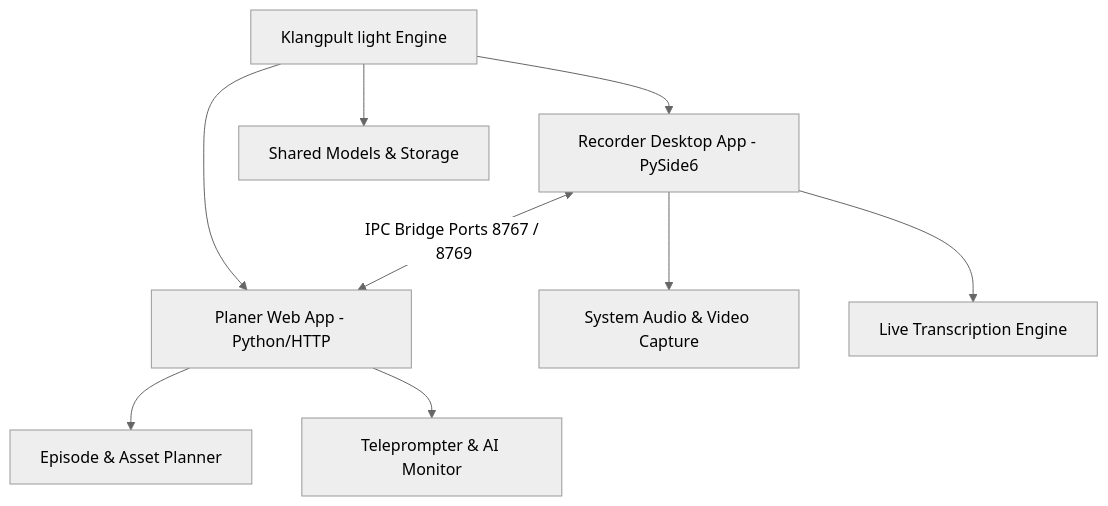
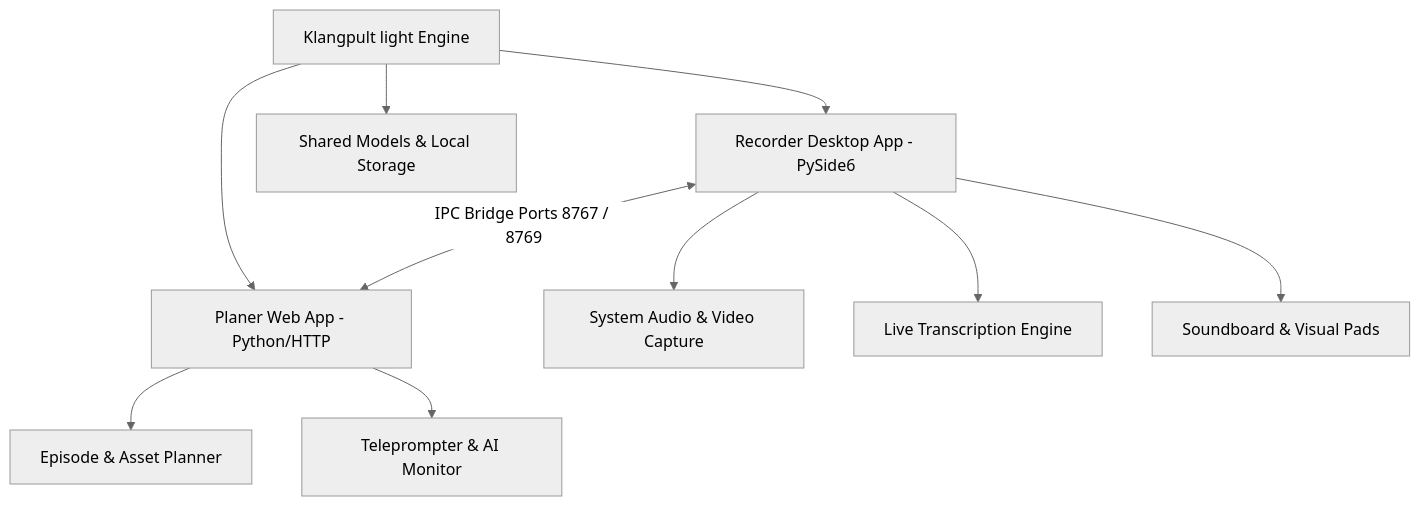
Before and after one commit to entertain-and-more/KlangpultLight: the first of 2 diagrams in README.md, drawn with Mermaid (neutral theme). The commit also changed other lines of this file and 53 other files, not shown here.

````diff
--- a/README.md
+++ b/README.md
@@ -32,11 +52,12 @@
 ```mermaid
 graph TD
     A[Klangpult light Engine] --> B[Recorder Desktop App - PySide6]
     A --> C[Planer Web App - Python/HTTP]
     B --> D[System Audio & Video Capture]
     B --> E[Live Transcription Engine]
+    B --> I[Soundboard & Visual Pads]
     C --> F[Episode & Asset Planner]
     C --> G[Teleprompter & AI Monitor]
     B <-->|IPC Bridge Ports 8767 / 8769| C
-    A --> H[Shared Models & Storage]
+    A --> H[Shared Models & Local Storage]
 ```
````
